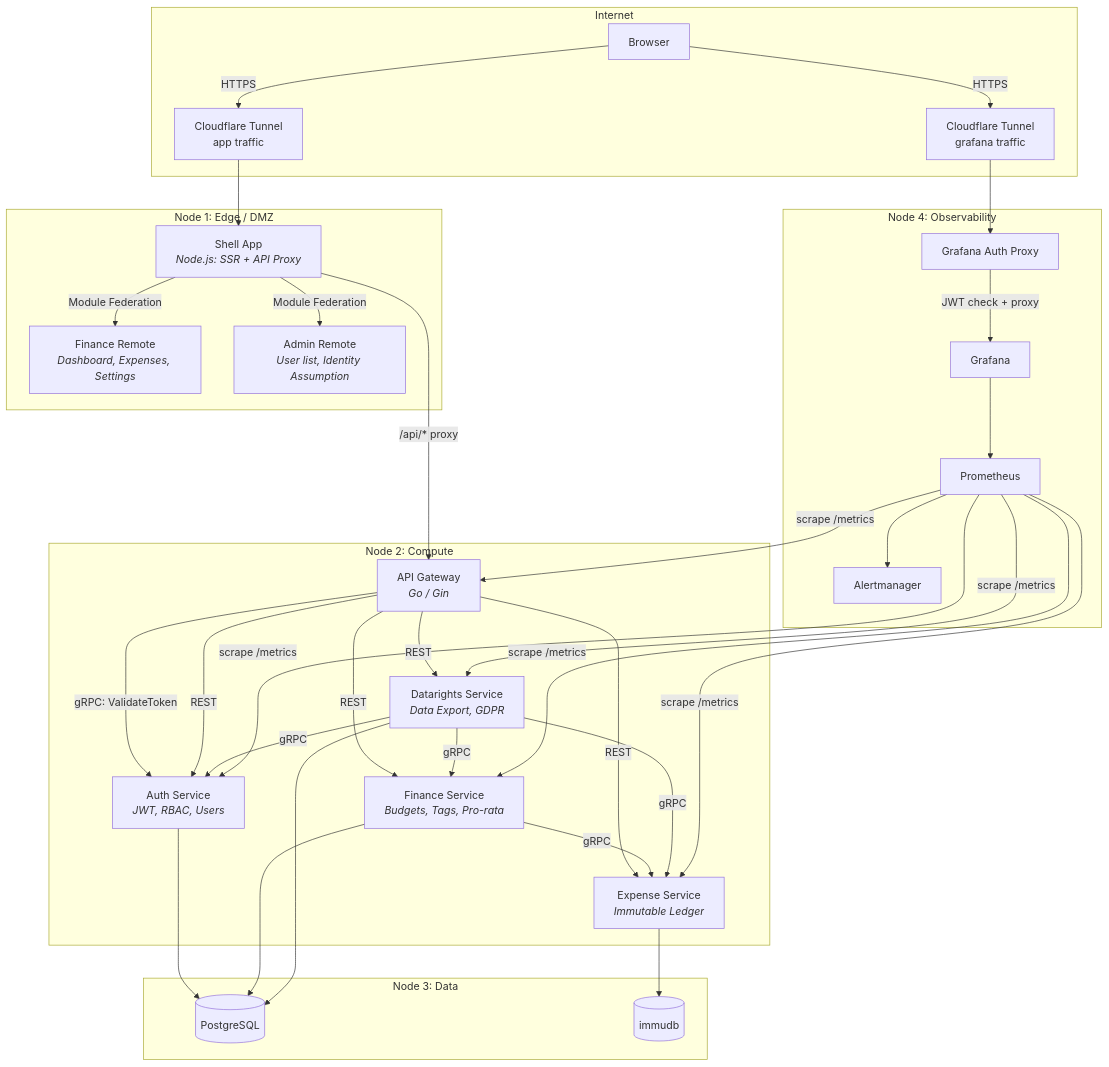
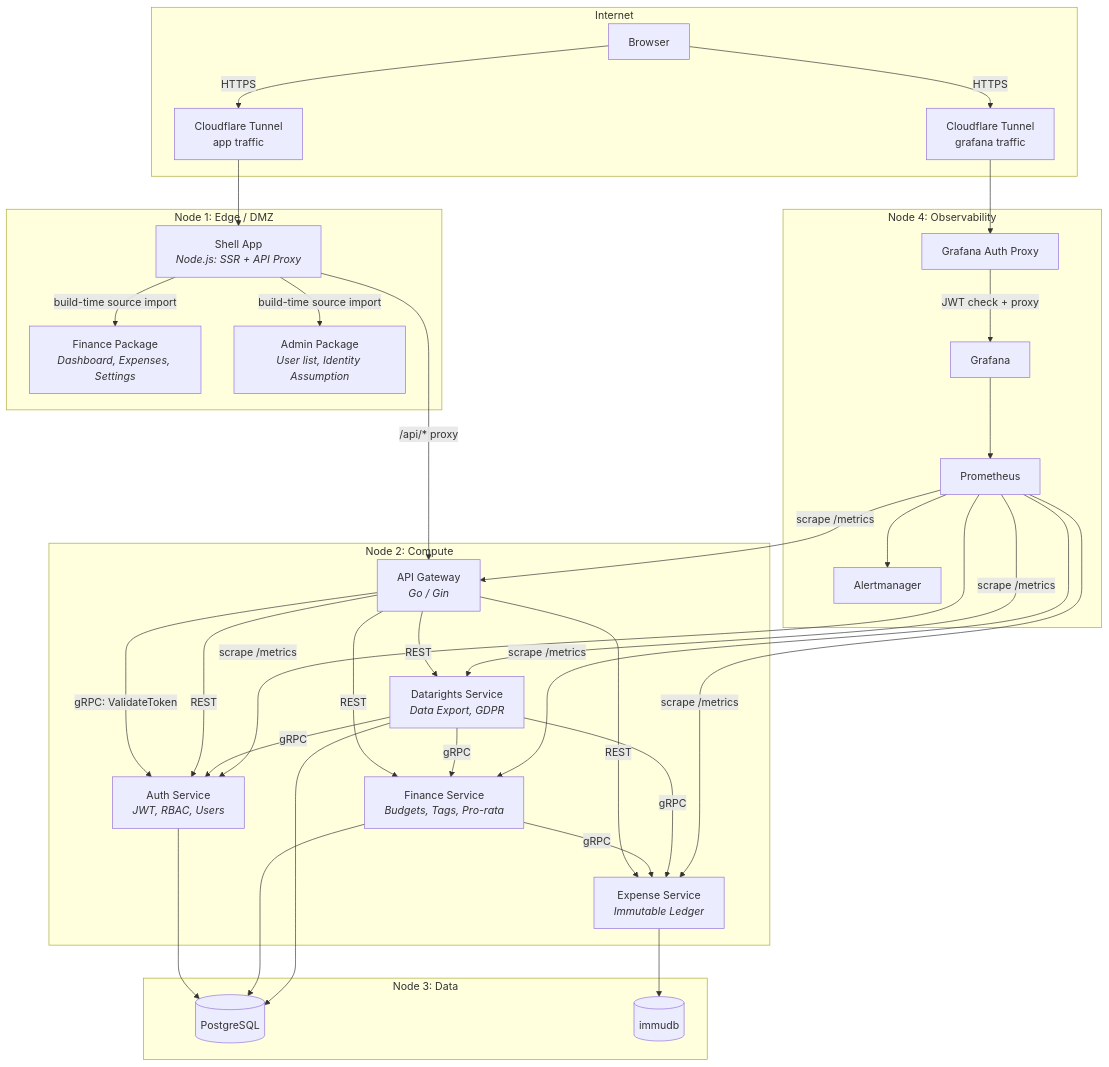
Before and after one commit to ItsThompson/gofin: the diagram in README.md, drawn with Mermaid. The commit also changed other lines of this file and 7 other files, not shown here.

First line of the commit message:
docs: describe build-time frontend composition

````diff
--- a/README.md
+++ b/README.md
@@ -44,65 +44,65 @@
 ```mermaid
 graph TB
     subgraph Internet
         Browser[Browser]
         CFApp[Cloudflare Tunnel<br/>app traffic]
         CFGraf[Cloudflare Tunnel<br/>grafana traffic]
     end
 
     subgraph Node1[Node 1: Edge / DMZ]
         Shell[Shell App<br/><i>Node.js: SSR + API Proxy</i>]
-        FinMFE[Finance Remote<br/><i>Dashboard, Expenses, Settings</i>]
-        AdminMFE[Admin Remote<br/><i>User list, Identity Assumption</i>]
+        FinPkg[Finance Package<br/><i>Dashboard, Expenses, Settings</i>]
+        AdminPkg[Admin Package<br/><i>User list, Identity Assumption</i>]
     end
 
     subgraph Node2[Node 2: Compute]
         GW[API Gateway<br/><i>Go / Gin</i>]
         Auth[Auth Service<br/><i>JWT, RBAC, Users</i>]
         Expense[Expense Service<br/><i>Immutable Ledger</i>]
         Finance[Finance Service<br/><i>Budgets, Tags, Pro-rata</i>]
         DR[Datarights Service<br/><i>Data Export, GDPR</i>]
     end
 
     subgraph Node3[Node 3: Data]
         PG[(PostgreSQL)]
         Immudb[(immudb)]
     end
 
     subgraph Node4[Node 4: Observability]
         AuthProxy[Grafana Auth Proxy]
         Grafana[Grafana]
         Prom[Prometheus]
         Alert[Alertmanager]
     end
 
     Browser -->|HTTPS| CFApp --> Shell
     Browser -->|HTTPS| CFGraf --> AuthProxy
 
-    Shell -->|Module Federation| FinMFE
-    Shell -->|Module Federation| AdminMFE
+    Shell -->|build-time source import| FinPkg
+    Shell -->|build-time source import| AdminPkg
     Shell -->|/api/* proxy| GW
 
     GW -->|gRPC: ValidateToken| Auth
     GW -->|REST| Auth
     GW -->|REST| Expense
     GW -->|REST| Finance
     GW -->|REST| DR
     Finance -->|gRPC| Expense
     DR -->|gRPC| Auth
     DR -->|gRPC| Expense
     DR -->|gRPC| Finance
 
     Auth --> PG
     Finance --> PG
     DR --> PG
     Expense --> Immudb
 
     AuthProxy -->|JWT check + proxy| Grafana
     Prom -->|scrape /metrics| GW
     Prom -->|scrape /metrics| Auth
     Prom -->|scrape /metrics| Expense
     Prom -->|scrape /metrics| Finance
     Prom -->|scrape /metrics| DR
     Prom --> Alert
     Grafana --> Prom
 ```
````
